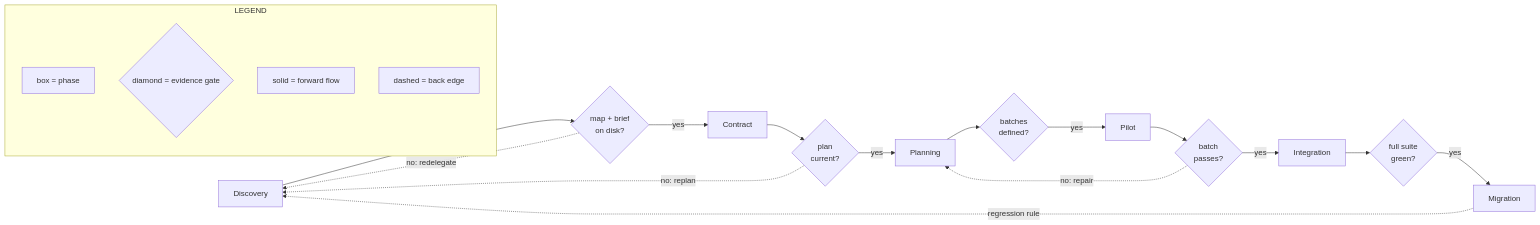
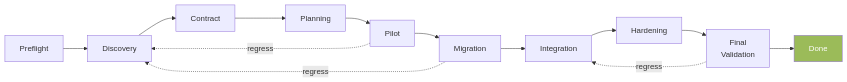
Before and after one commit to NTDuck/ARCMiS: the second of 6 diagrams in docs/slides/slides.md, drawn with Mermaid. The commit also changed other lines of this file and 235 other files, not shown here.

````diff
--- a/docs/slides/slides.md
+++ b/docs/slides/slides.md
@@ -314,23 +280,9 @@
 ```mermaid
 flowchart LR
-  D["Discovery"] --> G1{"map + brief<br/>on disk?"}
-  G1 -->|yes| C["Contract"]
-  G1 -.->|no: redelegate| D
-  C --> G2{"plan<br/>current?"}
-  G2 -->|yes| P["Planning"]
-  G2 -.->|no: replan| D
-  P --> G3{"batches<br/>defined?"}
-  G3 -->|yes| PI["Pilot"]
-  PI --> G4{"batch<br/>passes?"}
-  G4 -->|yes| I["Integration"]
-  G4 -.->|no: repair| P
-  I --> G5{"full suite<br/>green?"}
-  G5 -->|yes| M["Migration"]
-  M -.->|regression rule| D
-  subgraph LEGEND["LEGEND"]
-    A["box = phase"]
-    B{"diamond = evidence gate"}
-    Cc["solid = forward flow"]
-    Dd["dashed = back edge"]
-  end
+  P["Preflight"] --> D["Discovery"] --> C["Contract"] --> PL["Planning"] --> PI["Pilot"] --> M["Migration"] --> I["Integration"] --> H["Hardening"] --> F["Final<br/>Validation"] --> X["Done"]
+  PI -.->|"regress"| D
+  M -.->|"regress"| D
+  F -.->|"regress"| I
+  classDef done fill:#9BBB59,color:#fff
+  class X done
 ```
````
